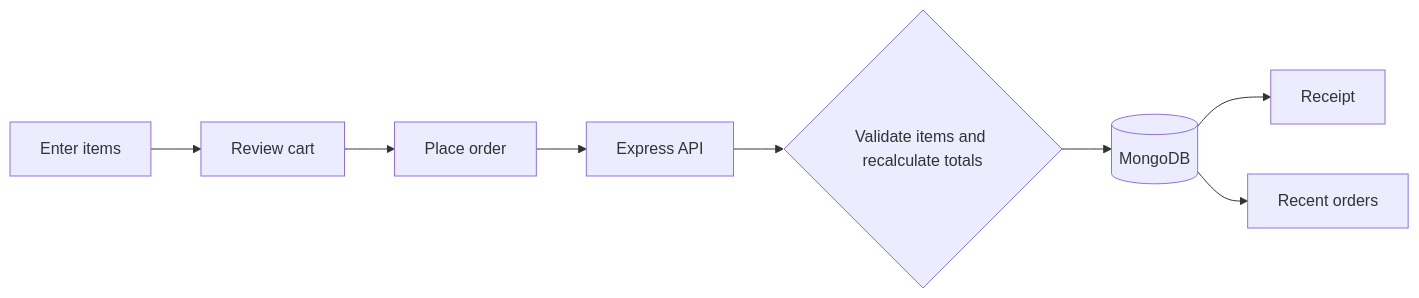
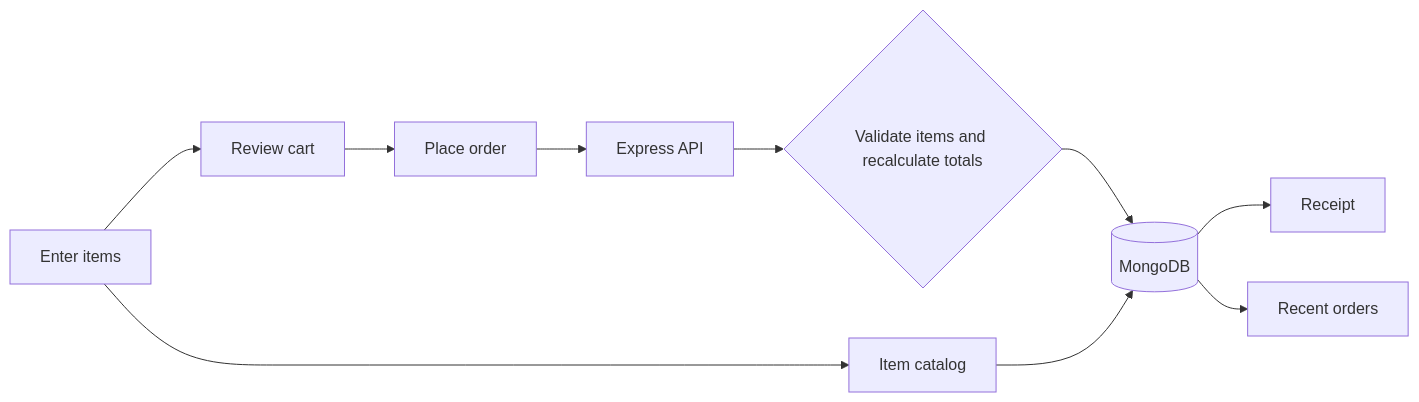
One commit to simplysaadali/SwiftTill changed the first of 2 diagrams in README.md. Above: the diagram before and after it, drawn with Mermaid. The commit also changed other lines of this file and 5 other files, not shown here.

````diff
--- a/README.md
+++ b/README.md
@@ -46,10 +47,12 @@
 ```mermaid
 flowchart LR
 	A[Enter items] --> B[Review cart]
 	B --> C[Place order]
 	C --> D[Express API]
 	D --> E{Validate items and recalculate totals}
 	E --> F[(MongoDB)]
 	F --> G[Receipt]
 	F --> H[Recent orders]
+	A --> I[Item catalog]
+	I --> F
 ```
````
